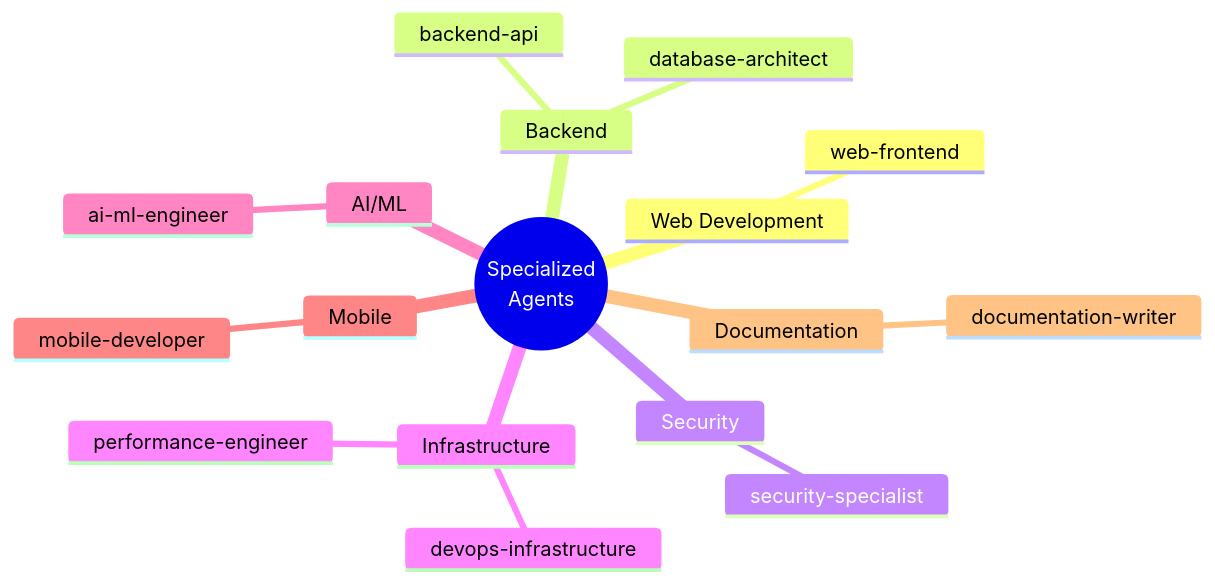
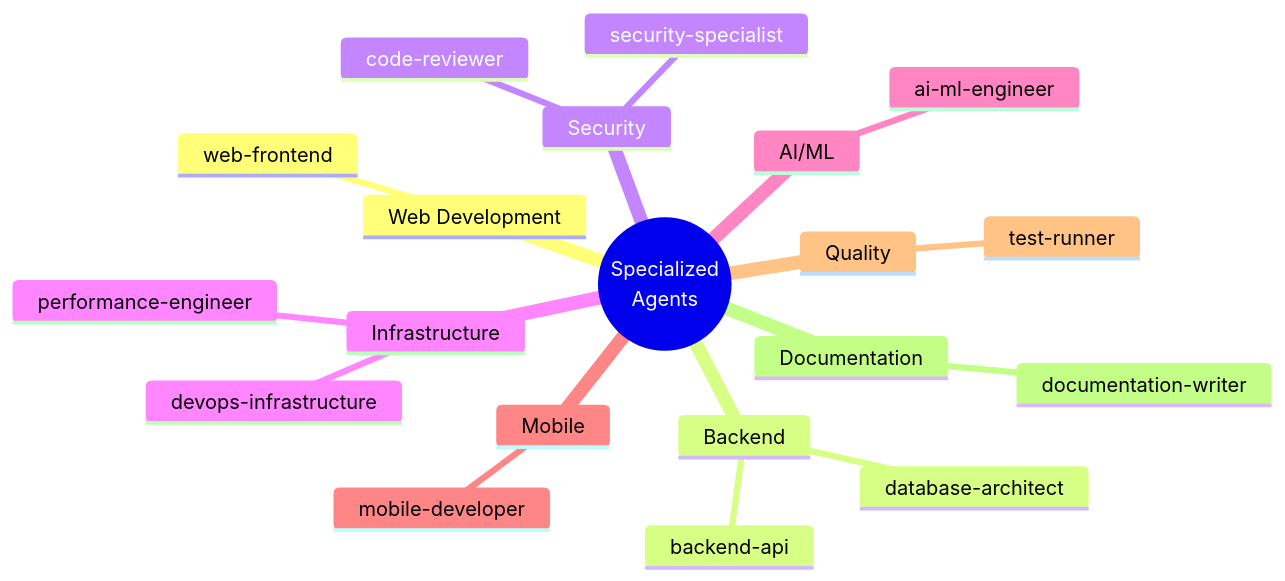
One commit to KhaiTrang1995/AI-Agents-Orchestrator changed diagram 23 of 27 in ARCHITECTURE.md. Above: the diagram before and after it, drawn with Mermaid. The commit also changed other lines of this file, not shown here.

First line of the commit message:
docs: expand Graph Context System and Agentic Infrastructure in ARCHITECTURE.md

````diff
--- a/ARCHITECTURE.md
+++ b/ARCHITECTURE.md
@@ -1017,20 +1165,23 @@
 ```mermaid
 mindmap
   root((Specialized<br/>Agents))
     Web Development
       web-frontend
     Backend
       backend-api
       database-architect
     Security
       security-specialist
+      code-reviewer
     Infrastructure
       devops-infrastructure
       performance-engineer
     AI/ML
       ai-ml-engineer
     Mobile
       mobile-developer
+    Quality
+      test-runner
     Documentation
       documentation-writer
 ```
````
